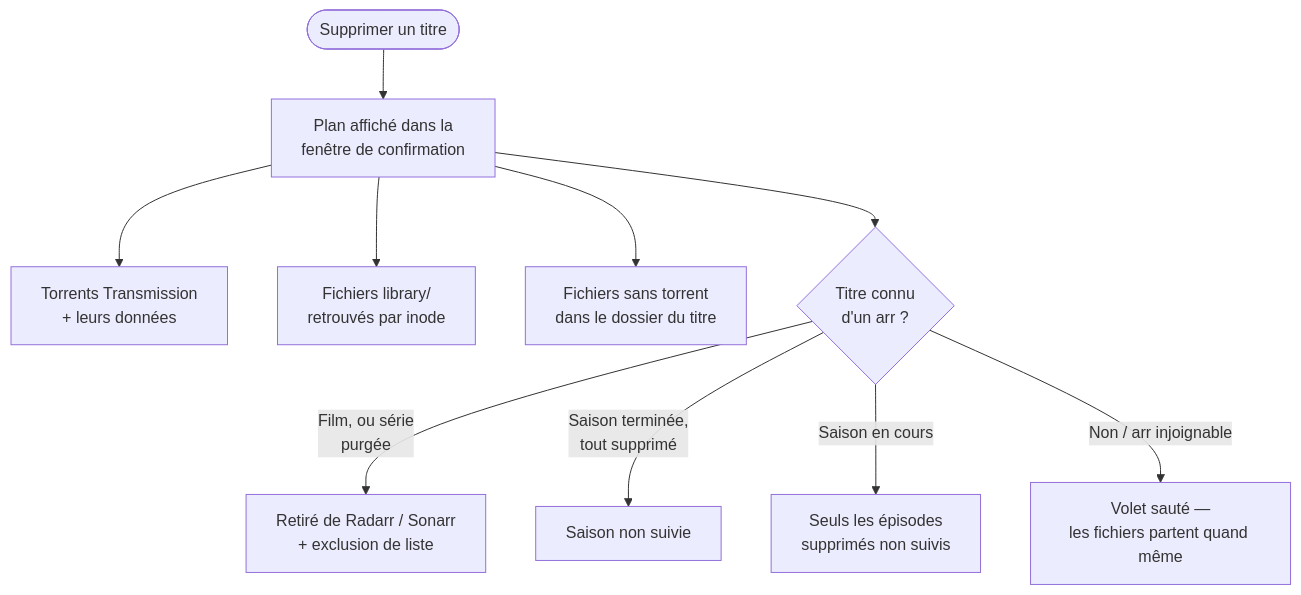
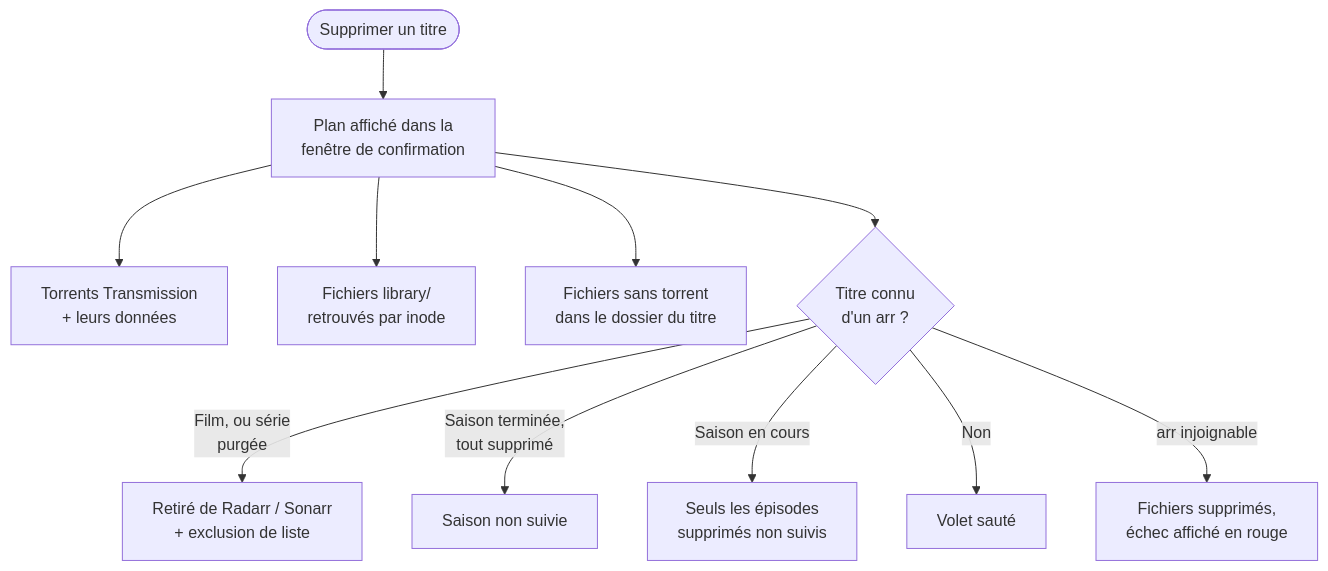
Before and after one commit to nattyebola/home-server-services: the diagram in docs/clearr.md, drawn with Mermaid. The commit also changed other lines of this file and 11 other files, not shown here.

First line of the commit message:
fix(clearr): audit — les échecs arr remontent, suppressions bornées à ce qui est annoncé

````diff
--- a/docs/clearr.md
+++ b/docs/clearr.md
@@ -23,12 +23,13 @@
 ```mermaid
 flowchart TD
     Start(["Supprimer un titre"]) --> Plan["Plan affiché dans la<br>fenêtre de confirmation"]
     Plan --> T["Torrents Transmission<br>+ leurs données"]
     Plan --> L["Fichiers library/<br>retrouvés par inode"]
     Plan --> O["Fichiers sans torrent<br>dans le dossier du titre"]
     Plan --> A{"Titre connu<br>d'un arr ?"}
     A -->|"Film, ou série<br>purgée"| R["Retiré de Radarr / Sonarr<br>+ exclusion de liste"]
     A -->|"Saison terminée,<br>tout supprimé"| S1["Saison non suivie"]
     A -->|"Saison en cours"| S2["Seuls les épisodes<br>supprimés non suivis"]
-    A -->|"Non / arr injoignable"| Skip["Volet sauté —<br>les fichiers partent quand même"]
+    A -->|"Non"| Skip["Volet sauté"]
+    A -->|"arr injoignable"| Fail["Fichiers supprimés,<br>échec affiché en rouge"]
 ```
````
